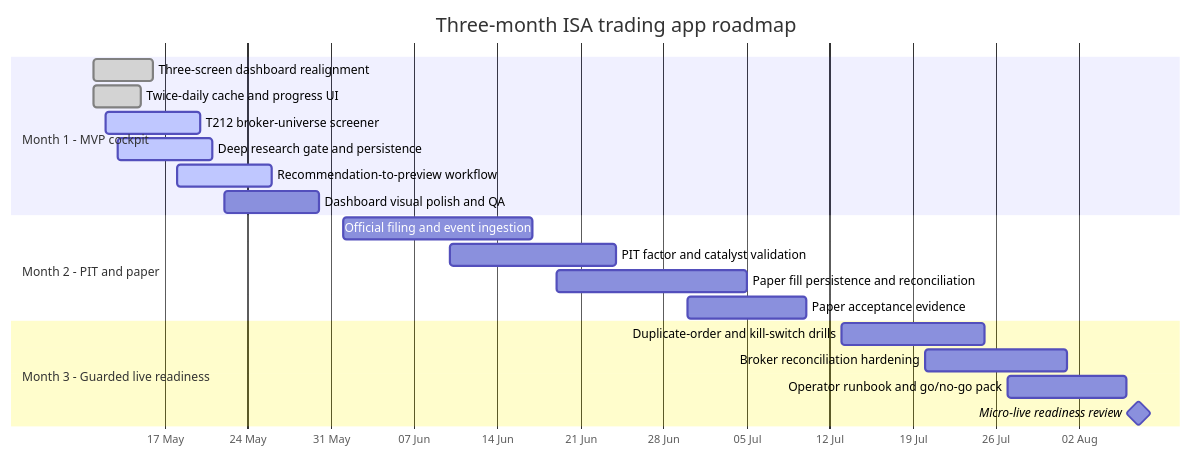
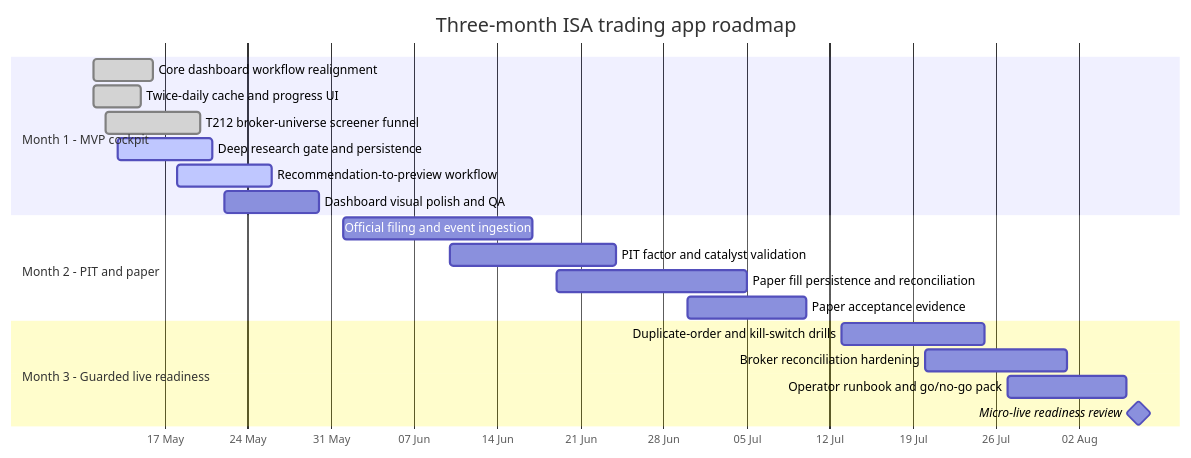
The diagram in docs/roadmap.md (danielcoakley/t212), drawn with Mermaid before and after one commit. The commit also changed other lines of this file and 12 other files, not shown here.

Commit message:
Refine MVP dashboard workflow

````diff
--- a/docs/roadmap.md
+++ b/docs/roadmap.md
@@ -83,26 +84,26 @@
 ```mermaid
 gantt
     title Three-month ISA trading app roadmap
     dateFormat  YYYY-MM-DD
     axisFormat  %d %b
 
     section Month 1 - MVP cockpit
-    Three-screen dashboard realignment       :done, m1a, 2026-05-11, 5d
+    Core dashboard workflow realignment      :done, m1a, 2026-05-11, 5d
     Twice-daily cache and progress UI        :done, m1cache, 2026-05-11, 4d
-    T212 broker-universe screener            :active, m1b, 2026-05-12, 8d
+    T212 broker-universe screener funnel     :done, m1b, 2026-05-12, 8d
     Deep research gate and persistence       :active, m1c, 2026-05-13, 8d
     Recommendation-to-preview workflow       :active, m1d, 2026-05-18, 8d
     Dashboard visual polish and QA           :m1e, 2026-05-22, 8d
 
     section Month 2 - PIT and paper
     Official filing and event ingestion      :m2a, 2026-06-01, 16d
     PIT factor and catalyst validation       :m2b, 2026-06-10, 14d
     Paper fill persistence and reconciliation:m2c, 2026-06-19, 16d
     Paper acceptance evidence                :m2d, 2026-06-30, 10d
 
     section Month 3 - Guarded live readiness
     Duplicate-order and kill-switch drills   :m3a, 2026-07-13, 12d
     Broker reconciliation hardening          :m3b, 2026-07-20, 12d
     Operator runbook and go/no-go pack       :m3c, 2026-07-27, 10d
     Micro-live readiness review              :milestone, m3d, 2026-08-07, 0d
 ```
````
